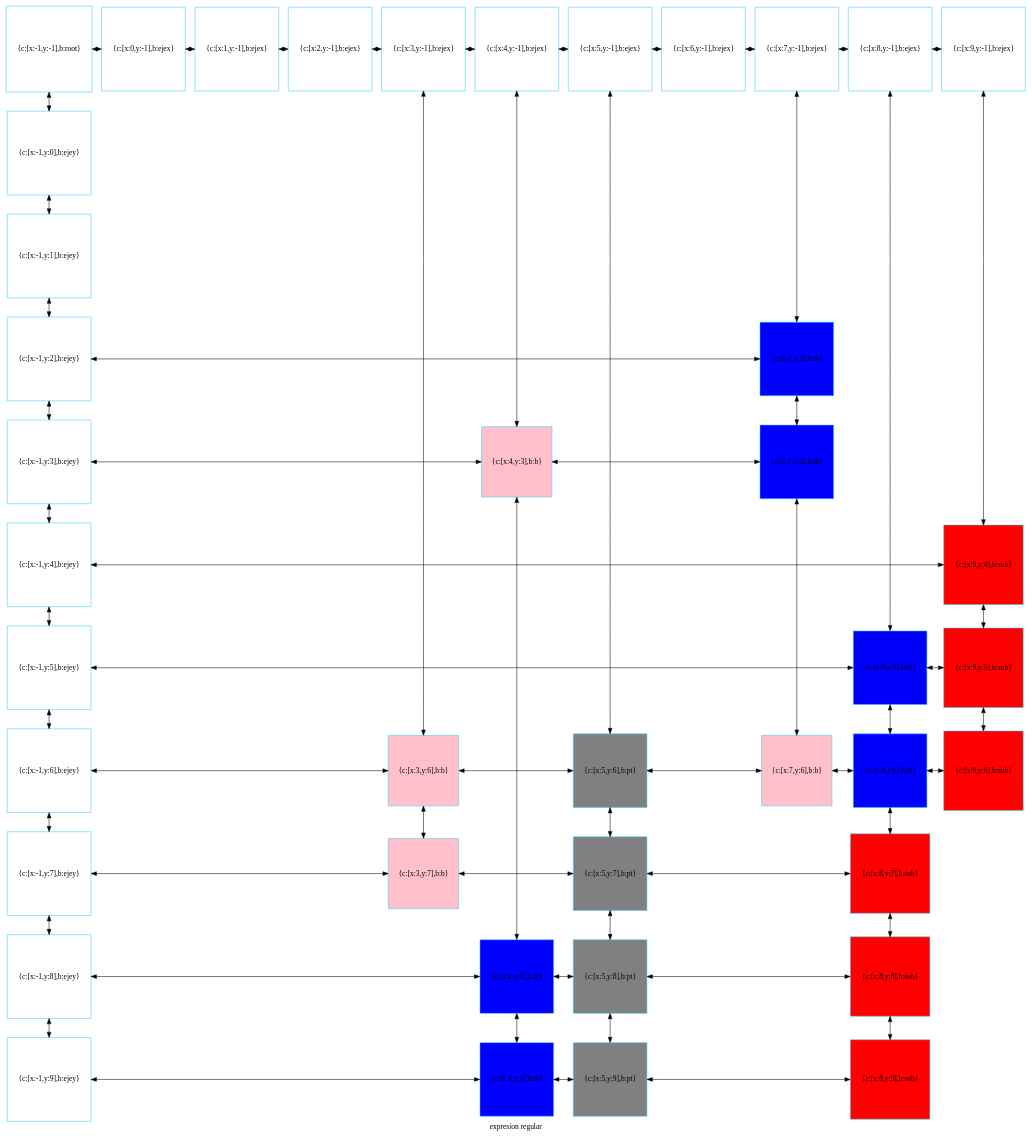
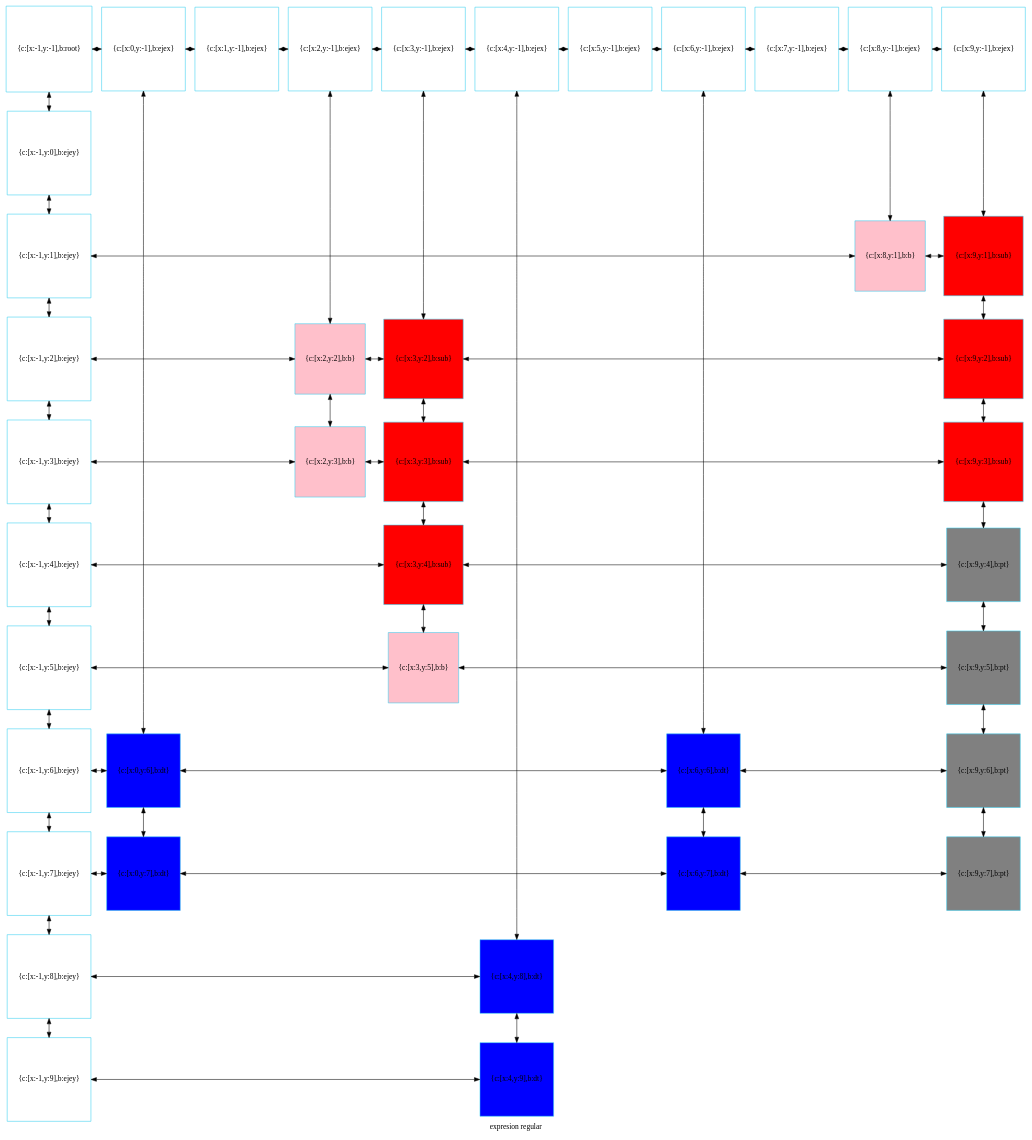
Before and after one commit to betebetoven/EDDS2F2: the diagram in compu.dot, drawn with Graphviz. The commit also changed 7 other files, not shown here.

```diff
--- a/compu.dot
+++ b/compu.dot
@@ -1,121 +1,121 @@
 digraph G
 {label="expresion regular"
         node[shape = square]
         node[style = filled]
         node[fillcolor = "#EEEEE"]
         node[color = "#EEEEE"]
         node[color = "#31CEF0"]
 
-2386077290544[label="{c:[x:-1,y:-1],b:root}",fillcolor = "white"]
-2386077295296[label="{c:[x:0,y:-1],b:ejex}",fillcolor = "white"]
-2386077295248[label="{c:[x:1,y:-1],b:ejex}",fillcolor = "white"]
-2386077294816[label="{c:[x:2,y:-1],b:ejex}",fillcolor = "white"]
-2386078210832[label="{c:[x:3,y:-1],b:ejex}",fillcolor = "white"]
-2386078210928[label="{c:[x:4,y:-1],b:ejex}",fillcolor = "white"]
-2386078211072[label="{c:[x:5,y:-1],b:ejex}",fillcolor = "white"]
-2386078211216[label="{c:[x:6,y:-1],b:ejex}",fillcolor = "white"]
-2386078211360[label="{c:[x:7,y:-1],b:ejex}",fillcolor = "white"]
-2386078211504[label="{c:[x:8,y:-1],b:ejex}",fillcolor = "white"]
-2386078211648[label="{c:[x:9,y:-1],b:ejex}",fillcolor = "white"]
-2386078211792[label="{c:[x:-1,y:0],b:ejey}",fillcolor = "white"]
-2386078211936[label="{c:[x:-1,y:1],b:ejey}",fillcolor = "white"]
-2386078212080[label="{c:[x:-1,y:2],b:ejey}",fillcolor = "white"]
-2386078218032[label="{c:[x:7,y:2],b:dt}",fillcolor = "blue"]
-2386078212224[label="{c:[x:-1,y:3],b:ejey}",fillcolor = "white"]
-2386078219808[label="{c:[x:4,y:3],b:b}",fillcolor = "pink"]
-2386078218368[label="{c:[x:7,y:3],b:dt}",fillcolor = "blue"]
-2386078212368[label="{c:[x:-1,y:4],b:ejey}",fillcolor = "white"]
-2386078214672[label="{c:[x:9,y:4],b:sub}",fillcolor = "red"]
-2386078212512[label="{c:[x:-1,y:5],b:ejey}",fillcolor = "white"]
-2386078217696[label="{c:[x:8,y:5],b:dt}",fillcolor = "blue"]
-2386078215008[label="{c:[x:9,y:5],b:sub}",fillcolor = "red"]
-2386078212656[label="{c:[x:-1,y:6],b:ejey}",fillcolor = "white"]
-2386078219376[label="{c:[x:3,y:6],b:b}",fillcolor = "pink"]
-2386078213664[label="{c:[x:5,y:6],b:pt}",fillcolor = "gray"]
-2386078218704[label="{c:[x:7,y:6],b:b}",fillcolor = "pink"]
-2386078217456[label="{c:[x:8,y:6],b:dt}",fillcolor = "blue"]
-2386078215344[label="{c:[x:9,y:6],b:sub}",fillcolor = "red"]
-2386078212800[label="{c:[x:-1,y:7],b:ejey}",fillcolor = "white"]
-2386078219040[label="{c:[x:3,y:7],b:b}",fillcolor = "pink"]
-2386078213424[label="{c:[x:5,y:7],b:pt}",fillcolor = "gray"]
-2386078215680[label="{c:[x:8,y:7],b:sub}",fillcolor = "red"]
-2386078212944[label="{c:[x:-1,y:8],b:ejey}",fillcolor = "white"]
-2386078216688[label="{c:[x:4,y:8],b:dt}",fillcolor = "blue"]
-2386078214000[label="{c:[x:5,y:8],b:pt}",fillcolor = "gray"]
-2386078216016[label="{c:[x:8,y:8],b:sub}",fillcolor = "red"]
-2386078213088[label="{c:[x:-1,y:9],b:ejey}",fillcolor = "white"]
-2386078217024[label="{c:[x:4,y:9],b:dt}",fillcolor = "blue"]
-2386078214336[label="{c:[x:5,y:9],b:pt}",fillcolor = "gray"]
-2386078216352[label="{c:[x:8,y:9],b:sub}",fillcolor = "red"]
-2386077290544->2386078211792[dir = both];
-2386078211792->2386078211936[dir = both];
-2386078211936->2386078212080[dir = both];
-2386078212080->2386078212224[dir = both];
-2386078212224->2386078212368[dir = both];
-2386078212368->2386078212512[dir = both];
-2386078212512->2386078212656[dir = both];
-2386078212656->2386078212800[dir = both];
-2386078212800->2386078212944[dir = both];
-2386078212944->2386078213088[dir = both];
-2386078210832->2386078219376[dir = both];
-2386078219376->2386078219040[dir = both];
-2386078210928->2386078219808[dir = both];
-2386078219808->2386078216688[dir = both];
-2386078216688->2386078217024[dir = both];
-2386078211072->2386078213664[dir = both];
-2386078213664->2386078213424[dir = both];
-2386078213424->2386078214000[dir = both];
-2386078214000->2386078214336[dir = both];
-2386078211360->2386078218032[dir = both];
-2386078218032->2386078218368[dir = both];
-2386078218368->2386078218704[dir = both];
-2386078211504->2386078217696[dir = both];
-2386078217696->2386078217456[dir = both];
-2386078217456->2386078215680[dir = both];
-2386078215680->2386078216016[dir = both];
-2386078216016->2386078216352[dir = both];
-2386078211648->2386078214672[dir = both];
-2386078214672->2386078215008[dir = both];
-2386078215008->2386078215344[dir = both];
-2386077290544->2386077295296[dir = both];
-2386077295296->2386077295248[dir = both];
-2386077295248->2386077294816[dir = both];
-2386077294816->2386078210832[dir = both];
-2386078210832->2386078210928[dir = both];
-2386078210928->2386078211072[dir = both];
-2386078211072->2386078211216[dir = both];
-2386078211216->2386078211360[dir = both];
-2386078211360->2386078211504[dir = both];
-2386078211504->2386078211648[dir = both];
-2386078212080->2386078218032[constraint=false,dir = both];
-2386078212224->2386078219808[constraint=false,dir = both];
-2386078219808->2386078218368[constraint=false,dir = both];
-2386078212368->2386078214672[constraint=false,dir = both];
-2386078212512->2386078217696[constraint=false,dir = both];
-2386078217696->2386078215008[constraint=false,dir = both];
-2386078212656->2386078219376[constraint=false,dir = both];
-2386078219376->2386078213664[constraint=false,dir = both];
-2386078213664->2386078218704[constraint=false,dir = both];
-2386078218704->2386078217456[constraint=false,dir = both];
-2386078217456->2386078215344[constraint=false,dir = both];
-2386078212800->2386078219040[constraint=false,dir = both];
-2386078219040->2386078213424[constraint=false,dir = both];
-2386078213424->2386078215680[constraint=false,dir = both];
-2386078212944->2386078216688[constraint=false,dir = both];
-2386078216688->2386078214000[constraint=false,dir = both];
-2386078214000->2386078216016[constraint=false,dir = both];
-2386078213088->2386078217024[constraint=false,dir = both];
-2386078217024->2386078214336[constraint=false,dir = both];
-2386078214336->2386078216352[constraint=false,dir = both];
- {rank=same; 2386077290544;2386077295296;2386077295248;2386077294816;2386078210832;2386078210928;2386078211072;2386078211216;2386078211360;2386078211504;2386078211648;}
- {rank=same; 2386078211792;}
- {rank=same; 2386078211936;}
- {rank=same; 2386078212080;2386078218032;}
- {rank=same; 2386078212224;2386078219808;2386078218368;}
- {rank=same; 2386078212368;2386078214672;}
- {rank=same; 2386078212512;2386078217696;2386078215008;}
- {rank=same; 2386078212656;2386078219376;2386078213664;2386078218704;2386078217456;2386078215344;}
- {rank=same; 2386078212800;2386078219040;2386078213424;2386078215680;}
- {rank=same; 2386078212944;2386078216688;2386078214000;2386078216016;}
- {rank=same; 2386078213088;2386078217024;2386078214336;2386078216352;}
+2084961903200[label="{c:[x:-1,y:-1],b:root}",fillcolor = "white"]
+2084961905696[label="{c:[x:0,y:-1],b:ejex}",fillcolor = "white"]
+2084961905648[label="{c:[x:1,y:-1],b:ejex}",fillcolor = "white"]
+2084961906848[label="{c:[x:2,y:-1],b:ejex}",fillcolor = "white"]
+2084961906368[label="{c:[x:3,y:-1],b:ejex}",fillcolor = "white"]
+2084961905936[label="{c:[x:4,y:-1],b:ejex}",fillcolor = "white"]
+2084961907040[label="{c:[x:5,y:-1],b:ejex}",fillcolor = "white"]
+2084961907184[label="{c:[x:6,y:-1],b:ejex}",fillcolor = "white"]
+2084961907328[label="{c:[x:7,y:-1],b:ejex}",fillcolor = "white"]
+2084961907472[label="{c:[x:8,y:-1],b:ejex}",fillcolor = "white"]
+2084961907616[label="{c:[x:9,y:-1],b:ejex}",fillcolor = "white"]
+2084961907760[label="{c:[x:-1,y:0],b:ejey}",fillcolor = "white"]
+2084961907904[label="{c:[x:-1,y:1],b:ejey}",fillcolor = "white"]
+2084962324672[label="{c:[x:8,y:1],b:b}",fillcolor = "pink"]
+2084961910640[label="{c:[x:9,y:1],b:sub}",fillcolor = "red"]
+2084961908048[label="{c:[x:-1,y:2],b:ejey}",fillcolor = "white"]
+2084962323664[label="{c:[x:2,y:2],b:b}",fillcolor = "pink"]
+2084962321312[label="{c:[x:3,y:2],b:sub}",fillcolor = "red"]
+2084962320640[label="{c:[x:9,y:2],b:sub}",fillcolor = "red"]
+2084961908192[label="{c:[x:-1,y:3],b:ejey}",fillcolor = "white"]
+2084962325008[label="{c:[x:2,y:3],b:b}",fillcolor = "pink"]
+2084962321648[label="{c:[x:3,y:3],b:sub}",fillcolor = "red"]
+2084962320976[label="{c:[x:9,y:3],b:sub}",fillcolor = "red"]
+2084961908336[label="{c:[x:-1,y:4],b:ejey}",fillcolor = "white"]
+2084962321984[label="{c:[x:3,y:4],b:sub}",fillcolor = "red"]
+2084961909536[label="{c:[x:9,y:4],b:pt}",fillcolor = "gray"]
+2084961908480[label="{c:[x:-1,y:5],b:ejey}",fillcolor = "white"]
+2084962325344[label="{c:[x:3,y:5],b:b}",fillcolor = "pink"]
+2084961910112[label="{c:[x:9,y:5],b:pt}",fillcolor = "gray"]
+2084961908624[label="{c:[x:-1,y:6],b:ejey}",fillcolor = "white"]
+2084962322320[label="{c:[x:0,y:6],b:dt}",fillcolor = "blue"]
+2084962323712[label="{c:[x:6,y:6],b:dt}",fillcolor = "blue"]
+2084961909632[label="{c:[x:9,y:6],b:pt}",fillcolor = "gray"]
+2084961908768[label="{c:[x:-1,y:7],b:ejey}",fillcolor = "white"]
+2084962322656[label="{c:[x:0,y:7],b:dt}",fillcolor = "blue"]
+2084962324048[label="{c:[x:6,y:7],b:dt}",fillcolor = "blue"]
+2084961909392[label="{c:[x:9,y:7],b:pt}",fillcolor = "gray"]
+2084961908912[label="{c:[x:-1,y:8],b:ejey}",fillcolor = "white"]
+2084962322992[label="{c:[x:4,y:8],b:dt}",fillcolor = "blue"]
+2084961909056[label="{c:[x:-1,y:9],b:ejey}",fillcolor = "white"]
+2084962323328[label="{c:[x:4,y:9],b:dt}",fillcolor = "blue"]
+2084961903200->2084961907760[dir = both];
+2084961907760->2084961907904[dir = both];
+2084961907904->2084961908048[dir = both];
+2084961908048->2084961908192[dir = both];
+2084961908192->2084961908336[dir = both];
+2084961908336->2084961908480[dir = both];
+2084961908480->2084961908624[dir = both];
+2084961908624->2084961908768[dir = both];
+2084961908768->2084961908912[dir = both];
+2084961908912->2084961909056[dir = both];
+2084961905696->2084962322320[dir = both];
+2084962322320->2084962322656[dir = both];
+2084961906848->2084962323664[dir = both];
+2084962323664->2084962325008[dir = both];
+2084961906368->2084962321312[dir = both];
+2084962321312->2084962321648[dir = both];
+2084962321648->2084962321984[dir = both];
+2084962321984->2084962325344[dir = both];
+2084961905936->2084962322992[dir = both];
+2084962322992->2084962323328[dir = both];
+2084961907184->2084962323712[dir = both];
+2084962323712->2084962324048[dir = both];
+2084961907472->2084962324672[dir = both];
+2084961907616->2084961910640[dir = both];
+2084961910640->2084962320640[dir = both];
+2084962320640->2084962320976[dir = both];
+2084962320976->2084961909536[dir = both];
+2084961909536->2084961910112[dir = both];
+2084961910112->2084961909632[dir = both];
+2084961909632->2084961909392[dir = both];
+2084961903200->2084961905696[dir = both];
+2084961905696->2084961905648[dir = both];
+2084961905648->2084961906848[dir = both];
+2084961906848->2084961906368[dir = both];
+2084961906368->2084961905936[dir = both];
+2084961905936->2084961907040[dir = both];
+2084961907040->2084961907184[dir = both];
+2084961907184->2084961907328[dir = both];
+2084961907328->2084961907472[dir = both];
+2084961907472->2084961907616[dir = both];
+2084961907904->2084962324672[constraint=false,dir = both];
+2084962324672->2084961910640[constraint=false,dir = both];
+2084961908048->2084962323664[constraint=false,dir = both];
+2084962323664->2084962321312[constraint=false,dir = both];
+2084962321312->2084962320640[constraint=false,dir = both];
+2084961908192->2084962325008[constraint=false,dir = both];
+2084962325008->2084962321648[constraint=false,dir = both];
+2084962321648->2084962320976[constraint=false,dir = both];
+2084961908336->2084962321984[constraint=false,dir = both];
+2084962321984->2084961909536[constraint=false,dir = both];
+2084961908480->2084962325344[constraint=false,dir = both];
+2084962325344->2084961910112[constraint=false,dir = both];
+2084961908624->2084962322320[constraint=false,dir = both];
+2084962322320->2084962323712[constraint=false,dir = both];
+2084962323712->2084961909632[constraint=false,dir = both];
+2084961908768->2084962322656[constraint=false,dir = both];
+2084962322656->2084962324048[constraint=false,dir = both];
+2084962324048->2084961909392[constraint=false,dir = both];
+2084961908912->2084962322992[constraint=false,dir = both];
+2084961909056->2084962323328[constraint=false,dir = both];
+ {rank=same; 2084961903200;2084961905696;2084961905648;2084961906848;2084961906368;2084961905936;2084961907040;2084961907184;2084961907328;2084961907472;2084961907616;}
+ {rank=same; 2084961907760;}
+ {rank=same; 2084961907904;2084962324672;2084961910640;}
+ {rank=same; 2084961908048;2084962323664;2084962321312;2084962320640;}
+ {rank=same; 2084961908192;2084962325008;2084962321648;2084962320976;}
+ {rank=same; 2084961908336;2084962321984;2084961909536;}
+ {rank=same; 2084961908480;2084962325344;2084961910112;}
+ {rank=same; 2084961908624;2084962322320;2084962323712;2084961909632;}
+ {rank=same; 2084961908768;2084962322656;2084962324048;2084961909392;}
+ {rank=same; 2084961908912;2084962322992;}
+ {rank=same; 2084961909056;2084962323328;}
 }
```
